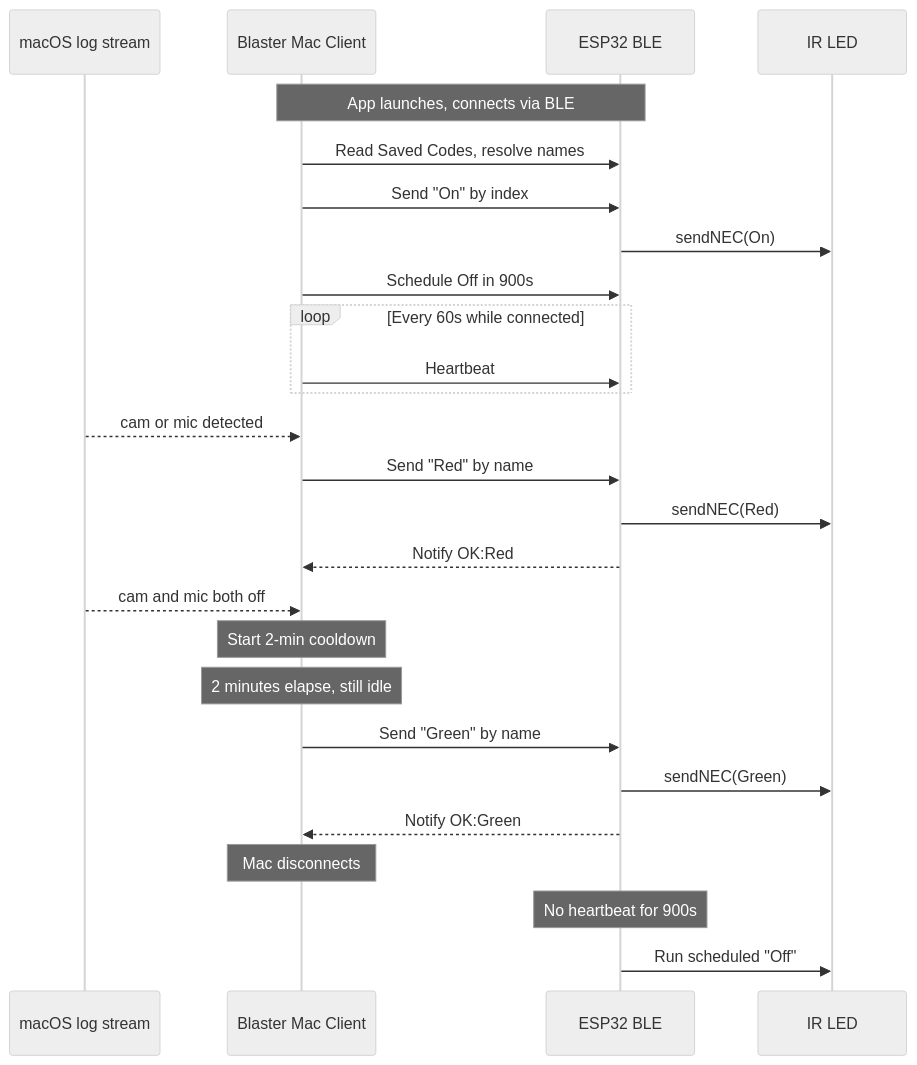
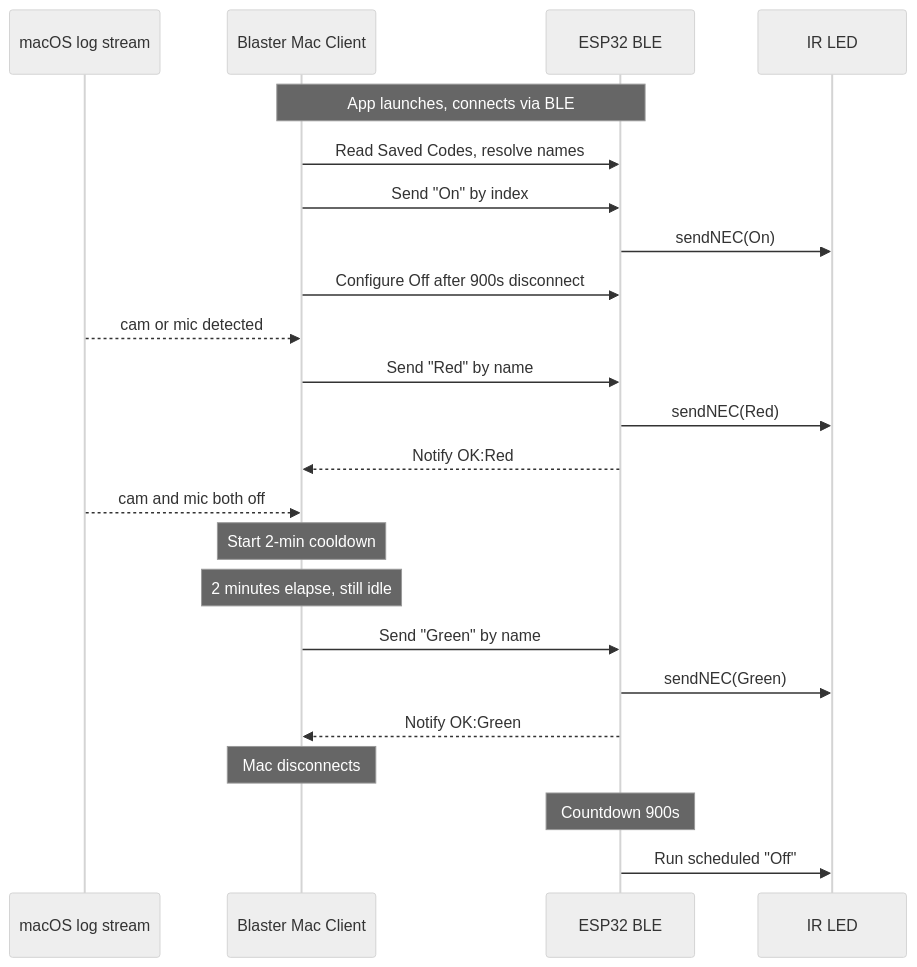
The diagram in README.md (newmaniese/blaster-mac-client), drawn with Mermaid (neutral theme) before and after one commit. The commit also changed other lines of this file and 16 other files, not shown here.

First line of the commit message:
Replace HeartbeatStopped with OnDisconnect schedule

````diff
--- a/README.md
+++ b/README.md
@@ -11,33 +11,30 @@
 ```mermaid
 sequenceDiagram
     participant Log as macOS log stream
     participant App as Blaster Mac Client
     participant BLE as ESP32 BLE
     participant IR as IR LED
 
     Note over App,BLE: App launches, connects via BLE
     App->>BLE: Read Saved Codes, resolve names
     App->>BLE: Send "On" by index
     BLE->>IR: sendNEC(On)
-    App->>BLE: Schedule Off in 900s
-    loop Every 60s while connected
-        App->>BLE: Heartbeat
-    end
+    App->>BLE: Configure Off after 900s disconnect
 
     Log-->>App: cam or mic detected
     App->>BLE: Send "Red" by name
     BLE->>IR: sendNEC(Red)
     BLE-->>App: Notify OK:Red
 
     Log-->>App: cam and mic both off
     Note over App: Start 2-min cooldown
 
     Note over App: 2 minutes elapse, still idle
     App->>BLE: Send "Green" by name
     BLE->>IR: sendNEC(Green)
     BLE-->>App: Notify OK:Green
 
     Note over App: Mac disconnects
-    Note over BLE: No heartbeat for 900s
+    Note over BLE: Countdown 900s
     BLE->>IR: Run scheduled "Off"
 ```
````
